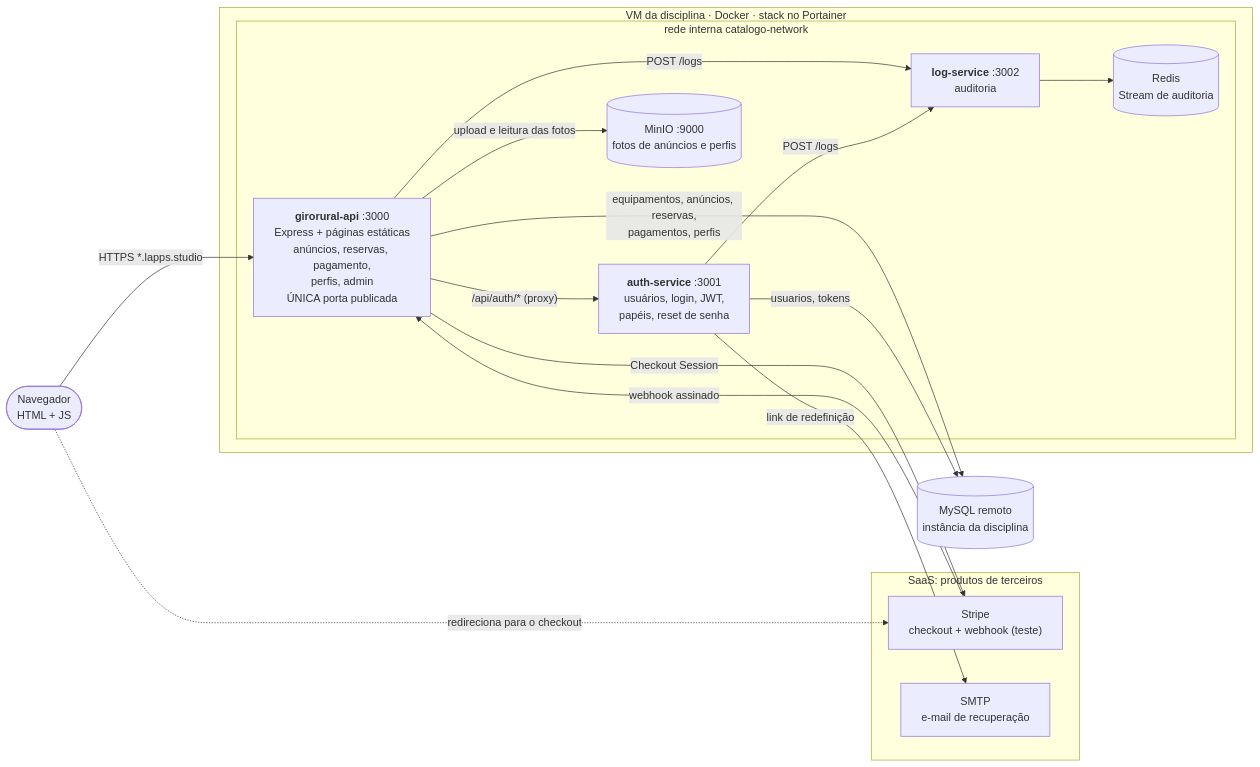
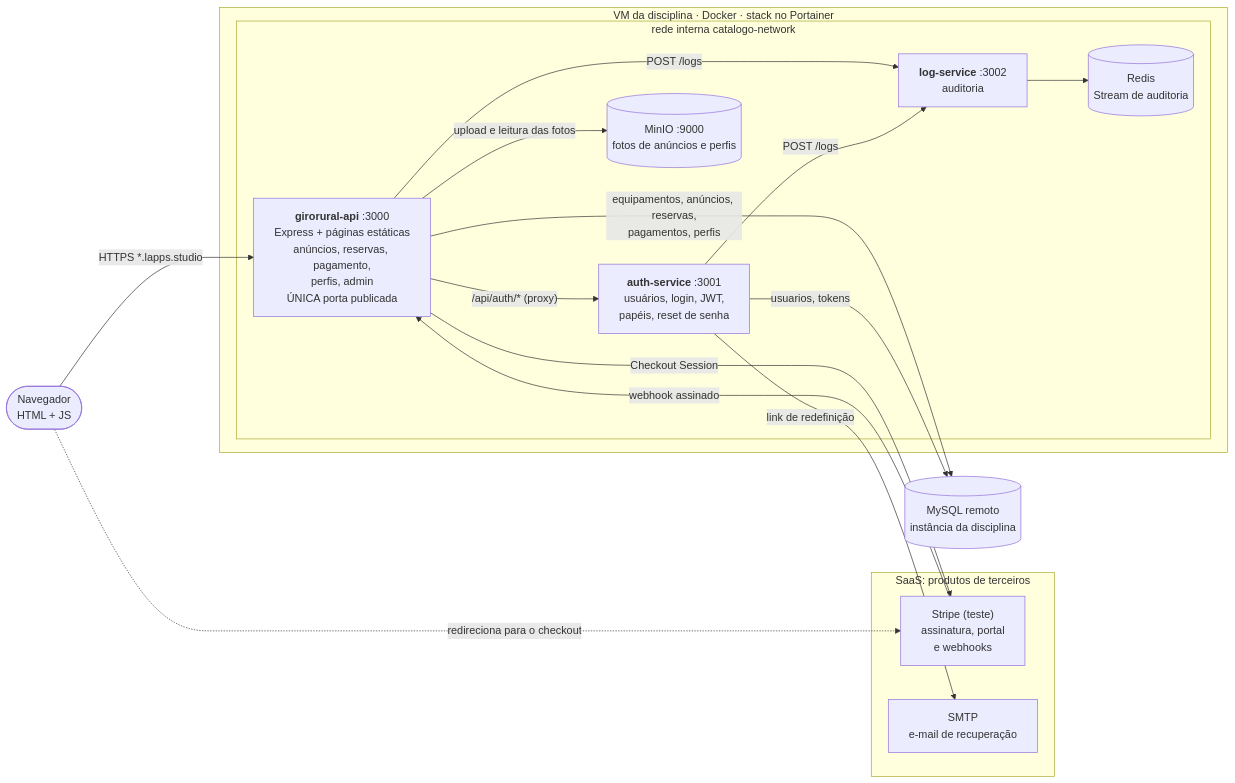
Before and after one commit to Luanaabrantes/girorural: the second of 3 diagrams in README.md, drawn with Mermaid. The commit also changed other lines of this file and 21 other files, not shown here.

````diff
--- a/README.md
+++ b/README.md
@@ -86,34 +169,34 @@
 ```mermaid
 flowchart LR
     U(["Navegador<br/>HTML + JS"])
 
     subgraph SaaS["SaaS: produtos de terceiros"]
-        STRIPE["Stripe<br/>checkout + webhook (teste)"]
+        STRIPE["Stripe (teste)<br/>assinatura, portal<br/>e webhooks"]
         SMTP["SMTP<br/>e-mail de recuperação"]
     end
 
     subgraph VM["VM da disciplina · Docker · stack no Portainer"]
         subgraph NET["rede interna catalogo-network"]
             API["<b>girorural-api</b> :3000<br/>Express + páginas estáticas<br/>anúncios, reservas, pagamento,<br/>perfis, admin<br/>ÚNICA porta publicada"]
             AUTH["<b>auth-service</b> :3001<br/>usuários, login, JWT,<br/>papéis, reset de senha"]
             LOG["<b>log-service</b> :3002<br/>auditoria"]
             REDIS[("Redis<br/>Stream de auditoria")]
             MINIO[("MinIO :9000<br/>fotos de anúncios e perfis")]
         end
     end
 
     DB[("MySQL remoto<br/>instância da disciplina")]
 
     U -- "HTTPS *.lapps.studio" --> API
     U -. "redireciona para o checkout" .-> STRIPE
     STRIPE -- "webhook assinado" --> API
     API -- "Checkout Session" --> STRIPE
     API -- "/api/auth/* (proxy)" --> AUTH
     API -- "POST /logs" --> LOG
     AUTH -- "POST /logs" --> LOG
     LOG --> REDIS
     API -- "upload e leitura das fotos" --> MINIO
     AUTH -- "link de redefinição" --> SMTP
     API -- "equipamentos, anúncios, reservas,<br/>pagamentos, perfis" --> DB
     AUTH -- "usuarios, tokens" --> DB
 ```
````
